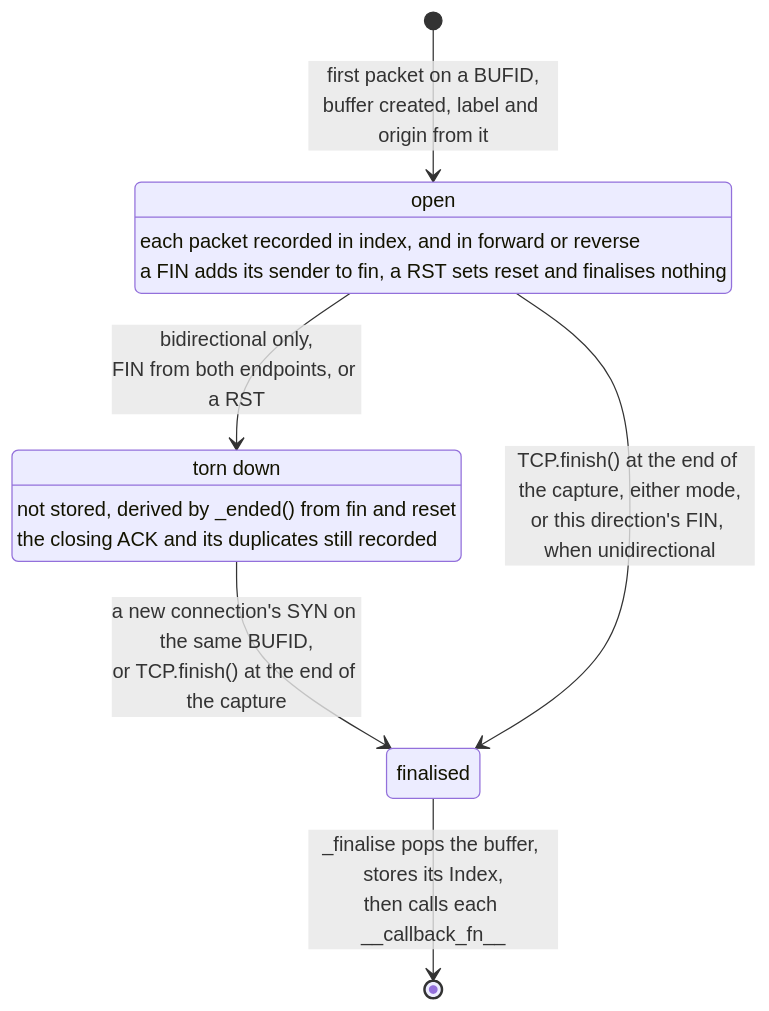
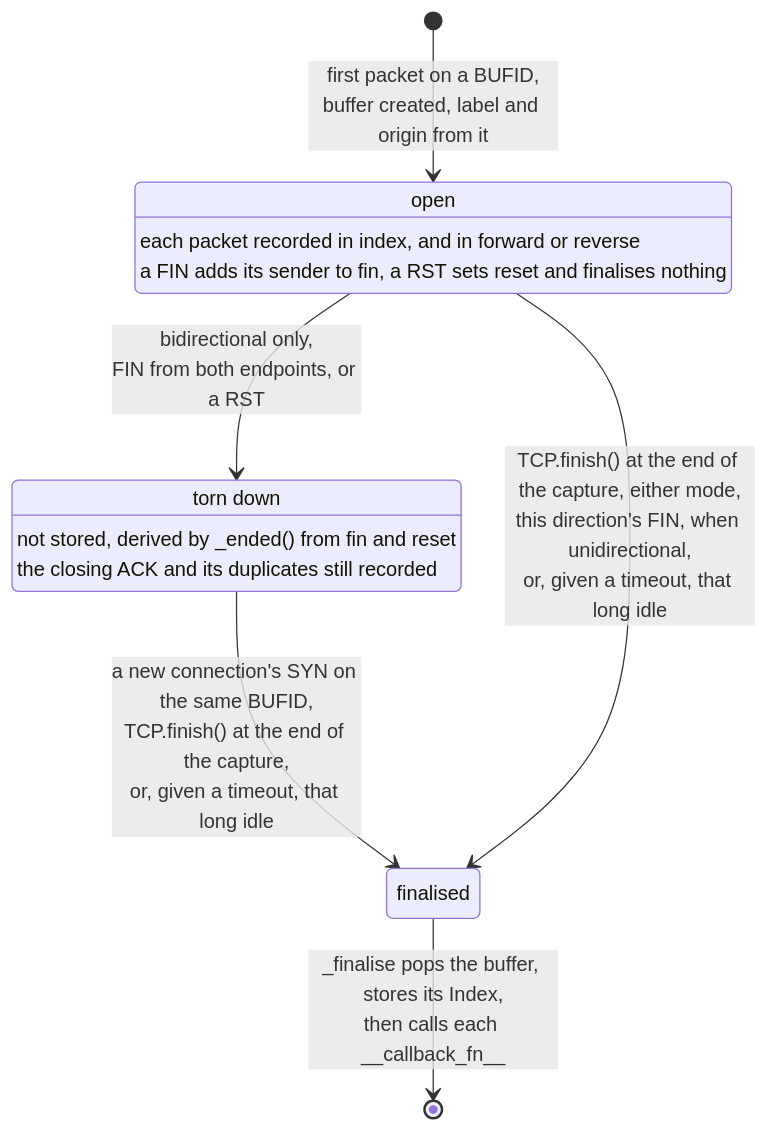
Before and after one commit to JarryShaw/PyPCAPKit: the diagram in docs/source/pcapkit/foundation/traceflow/tcp.rst, drawn with Mermaid. The commit also changed other lines of this file and 58 other files, not shown here.

First line of the commit message:
feat(foundation)!: trace UDP and IP conversations as flows (#2956)

```diff
--- a/docs/source/pcapkit/foundation/traceflow/tcp.rst
+++ b/docs/source/pcapkit/foundation/traceflow/tcp.rst
@@ -147,16 +147,16 @@
        .. mermaid::
 
           stateDiagram-v2
               direction TB
               state "open" as O
               state "torn down" as T
               state "finalised" as F
               O : each packet recorded in index, and in forward or reverse
               O : a FIN adds its sender to fin, a RST sets reset and finalises nothing
               T : not stored, derived by _ended() from fin and reset
               T : the closing ACK and its duplicates still recorded
               [*] --> O : first packet on a BUFID,<br/>buffer created, label and origin from it
               O --> T : bidirectional only,<br/>FIN from both endpoints, or a RST
-              T --> F : a new connection's SYN on the same BUFID,<br/>or TCP.finish() at the end of the capture
-              O --> F : TCP.finish() at the end of the capture, either mode,<br/>or this direction's FIN, when unidirectional
+              T --> F : a new connection's SYN on the same BUFID,<br/>TCP.finish() at the end of the capture,<br/>or, given a timeout, that long idle
+              O --> F : TCP.finish() at the end of the capture, either mode,<br/>this direction's FIN, when unidirectional,<br/>or, given a timeout, that long idle
               F --> [*] : \_finalise pops the buffer, stores its Index,<br/>then calls each \_\_callback\_fn\_\_
```
